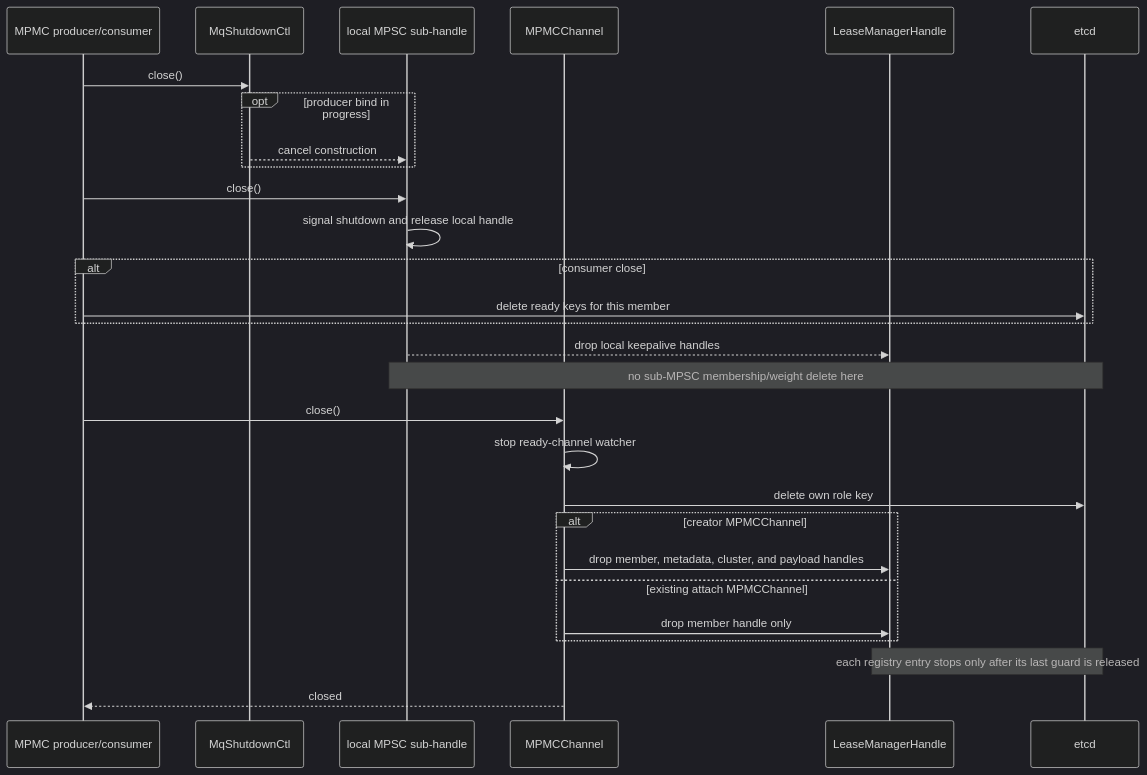
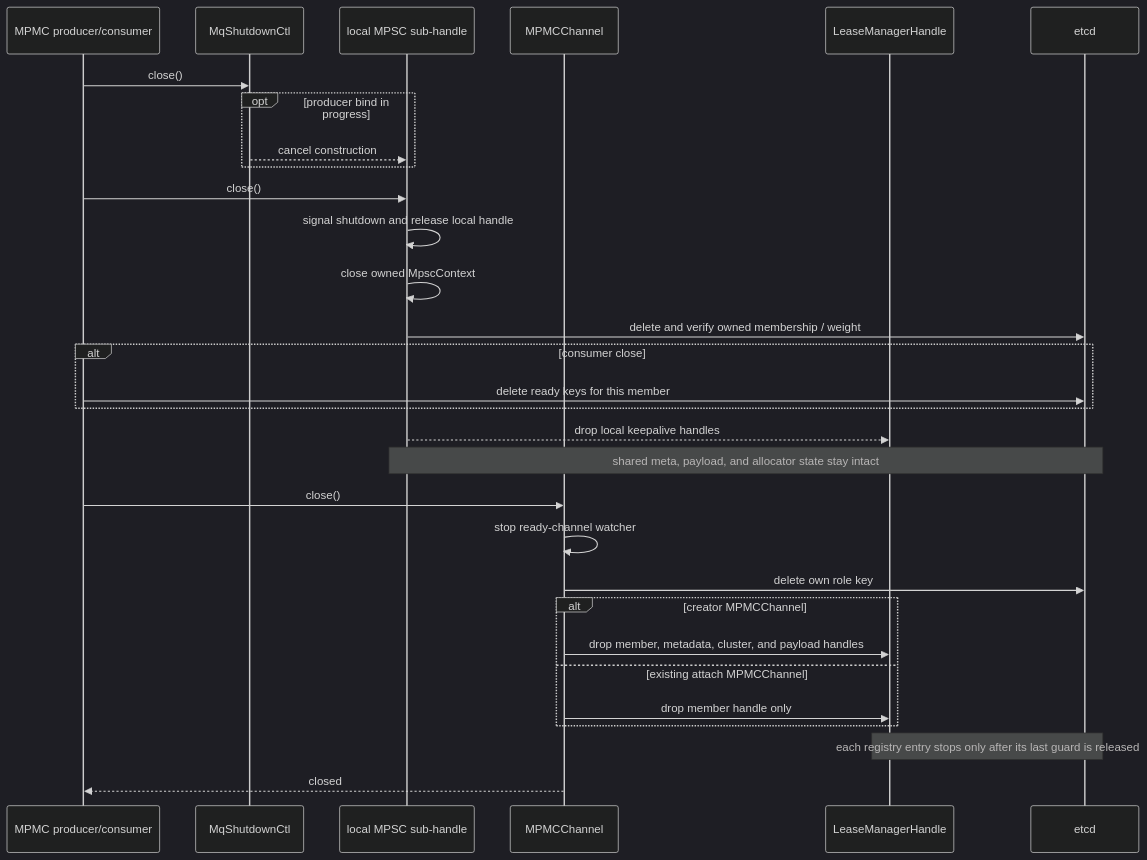
One commit to Tele-AI/Fluxon changed the ninth of 9 diagrams in fluxon_doc_cn/design/mq_1_生命周期与租约设计.md. Above: the diagram before and after it, drawn with Mermaid (dark theme). The commit also changed other lines of this file and 6 other files, not shown here.

````diff
--- a/fluxon_doc_cn/design/mq_1_生命周期与租约设计.md
+++ b/fluxon_doc_cn/design/mq_1_生命周期与租约设计.md
@@ -497,31 +502,33 @@
 ```mermaid
 sequenceDiagram
     participant Outer as MPMC producer/consumer
     participant S as MqShutdownCtl
     participant Sub as local MPSC sub-handle
     participant Ch as MPMCChannel
     participant LM as LeaseManagerHandle
     participant E as etcd
 
     Outer->>S: close()
     opt producer bind in progress
         S-->>Sub: cancel construction
     end
     Outer->>Sub: close()
     Sub->>Sub: signal shutdown and release local handle
+    Sub->>Sub: close owned MpscContext
+    Sub->>E: delete and verify owned membership / weight
     alt consumer close
         Outer->>E: delete ready keys for this member
     end
     Sub-->>LM: drop local keepalive handles
-    Note over Sub,E: no sub-MPSC membership/weight delete here
+    Note over Sub,E: shared meta, payload, and allocator state stay intact
     Outer->>Ch: close()
     Ch->>Ch: stop ready-channel watcher
     Ch->>E: delete own role key
     alt creator MPMCChannel
         Ch->>LM: drop member, metadata, cluster, and payload handles
     else existing attach MPMCChannel
         Ch->>LM: drop member handle only
     end
     Note over LM,E: each registry entry stops only after its last guard is released
     Ch-->>Outer: closed
 ```
````
